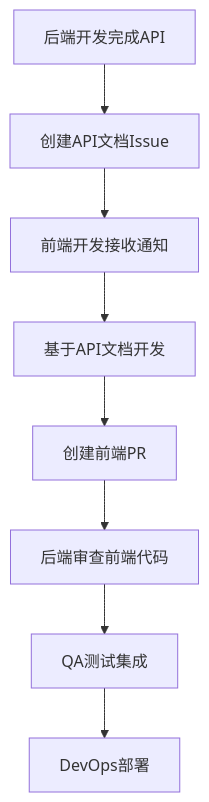
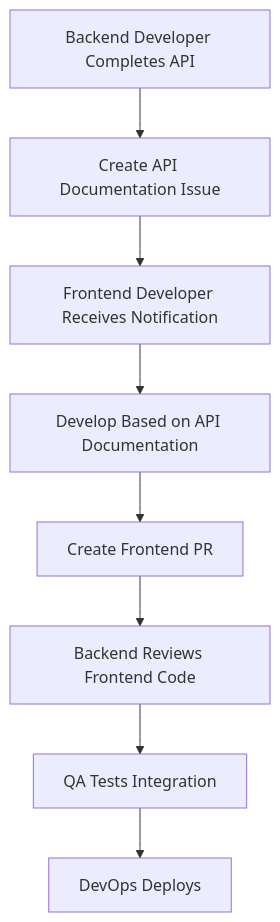
One commit to fallrising/bee_swarm changed the third of 4 diagrams in docs/level3/workflow-system.md. Above: the diagram before and after it, drawn with Mermaid. The commit also changed other lines of this file and 8 other files, not shown here.

````diff
--- a/docs/level3/workflow-system.md
+++ b/docs/level3/workflow-system.md
@@ -58,10 +58,10 @@
 ```mermaid
 graph TD
-    A[后端开发完成API] --> B[创建API文档Issue]
-    B --> C[前端开发接收通知]
-    C --> D[基于API文档开发]
-    D --> E[创建前端PR]
-    E --> F[后端审查前端代码]
-    F --> G[QA测试集成]
-    G --> H[DevOps部署]
+    A[Backend Developer Completes API] --> B[Create API Documentation Issue]
+    B --> C[Frontend Developer Receives Notification]
+    C --> D[Develop Based on API Documentation]
+    D --> E[Create Frontend PR]
+    E --> F[Backend Reviews Frontend Code]
+    F --> G[QA Tests Integration]
+    G --> H[DevOps Deploys]
 ```
````
